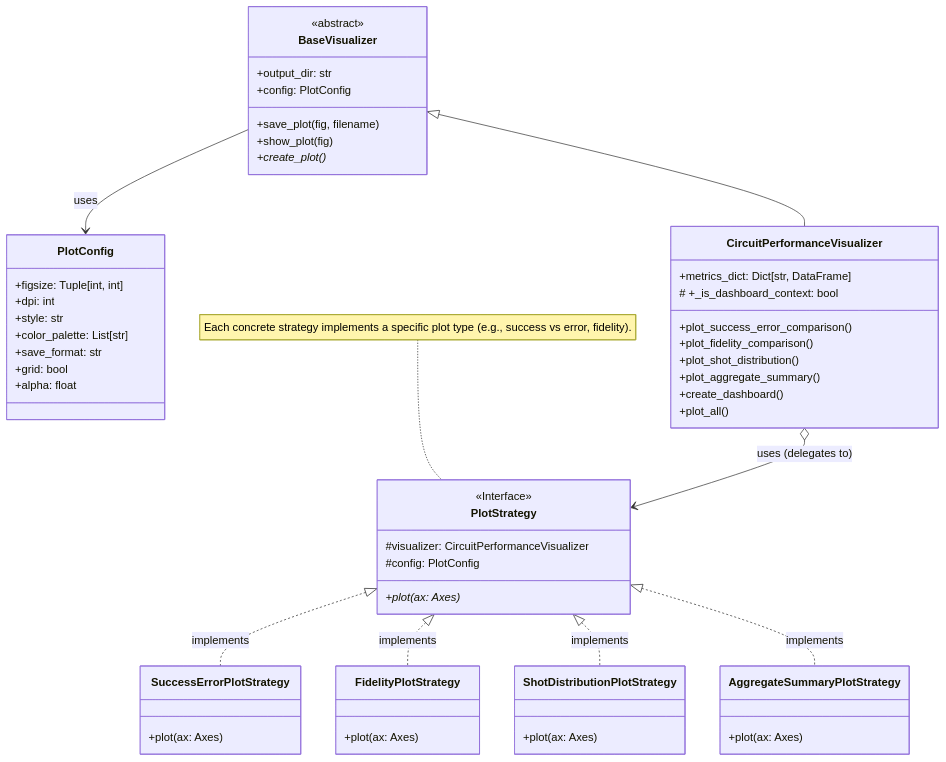
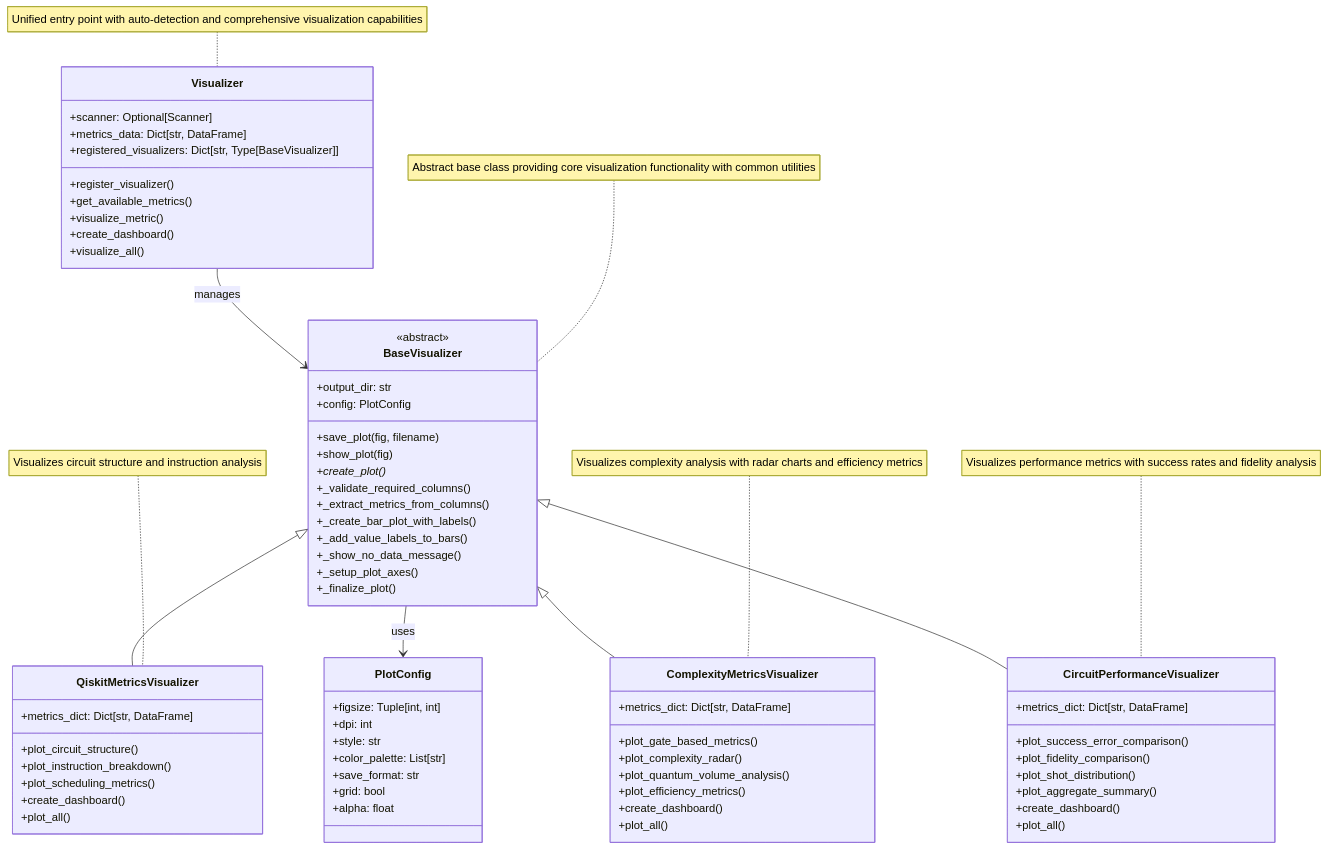
Before and after one commit to xthecapx/qiskit-qward: the second of 2 diagrams in docs/technical_docs.md, drawn with Mermaid. The commit also changed other lines of this file and 4 other files, not shown here.

````diff
--- a/docs/technical_docs.md
+++ b/docs/technical_docs.md
@@ -493,63 +456,80 @@
 ```{mermaid}
 classDiagram
     class BaseVisualizer {
         <<abstract>>
         +output_dir: str
         +config: PlotConfig
         +save_plot(fig, filename)
         +show_plot(fig)
         +create_plot()*
+        +_validate_required_columns()
+        +_extract_metrics_from_columns()
+        +_create_bar_plot_with_labels()
+        +_add_value_labels_to_bars()
+        +_show_no_data_message()
+        +_setup_plot_axes()
+        +_finalize_plot()
     }
 
     class PlotConfig {
         +figsize: Tuple[int, int]
         +dpi: int
         +style: str
         +color_palette: List[str]
         +save_format: str
         +grid: bool
         +alpha: float
     }
 
+    class QiskitMetricsVisualizer {
+        +metrics_dict: Dict[str, DataFrame]
+        +plot_circuit_structure()
+        +plot_instruction_breakdown()
+        +plot_scheduling_metrics()
+        +create_dashboard()
+        +plot_all()
+    }
+
+    class ComplexityMetricsVisualizer {
+        +metrics_dict: Dict[str, DataFrame]
+        +plot_gate_based_metrics()
+        +plot_complexity_radar()
+        +plot_quantum_volume_analysis()
+        +plot_efficiency_metrics()
+        +create_dashboard()
+        +plot_all()
+    }
+
     class CircuitPerformanceVisualizer {
         +metrics_dict: Dict[str, DataFrame]
-        # +_is_dashboard_context: bool
         +plot_success_error_comparison()
         +plot_fidelity_comparison()
         +plot_shot_distribution()
         +plot_aggregate_summary()
         +create_dashboard()
         +plot_all()
     }
 
-    class PlotStrategy {
-        <<Interface>>
-        #visualizer: CircuitPerformanceVisualizer
-        #config: PlotConfig
-        +plot(ax: Axes)*
-    }
-
-    class SuccessErrorPlotStrategy {
-        +plot(ax: Axes)
-    }
-    class FidelityPlotStrategy {
-        +plot(ax: Axes)
-    }
-    class ShotDistributionPlotStrategy {
-        +plot(ax: Axes)
-    }
-    class AggregateSummaryPlotStrategy {
-        +plot(ax: Axes)
+    class Visualizer {
+        +scanner: Optional[Scanner]
+        +metrics_data: Dict[str, DataFrame]
+        +registered_visualizers: Dict[str, Type[BaseVisualizer]]
+        +register_visualizer()
+        +get_available_metrics()
+        +visualize_metric()
+        +create_dashboard()
+        +visualize_all()
     }
     
-    note for PlotStrategy "Each concrete strategy implements a specific plot type (e.g., success vs error, fidelity)."
+    note for BaseVisualizer "Abstract base class providing core visualization functionality with common utilities"
+    note for QiskitMetricsVisualizer "Visualizes circuit structure and instruction analysis"
+    note for ComplexityMetricsVisualizer "Visualizes complexity analysis with radar charts and efficiency metrics"
+    note for CircuitPerformanceVisualizer "Visualizes performance metrics with success rates and fidelity analysis"
+    note for Visualizer "Unified entry point with auto-detection and comprehensive visualization capabilities"
 
+    BaseVisualizer <|-- QiskitMetricsVisualizer
+    BaseVisualizer <|-- ComplexityMetricsVisualizer
     BaseVisualizer <|-- CircuitPerformanceVisualizer
     BaseVisualizer --> PlotConfig : uses
-    CircuitPerformanceVisualizer o--> PlotStrategy : uses (delegates to)
-
-    PlotStrategy <|.. SuccessErrorPlotStrategy : implements
-    PlotStrategy <|.. FidelityPlotStrategy : implements
-    PlotStrategy <|.. ShotDistributionPlotStrategy : implements
-    PlotStrategy <|.. AggregateSummaryPlotStrategy : implements
+    Visualizer --> BaseVisualizer : manages
 ```
````
